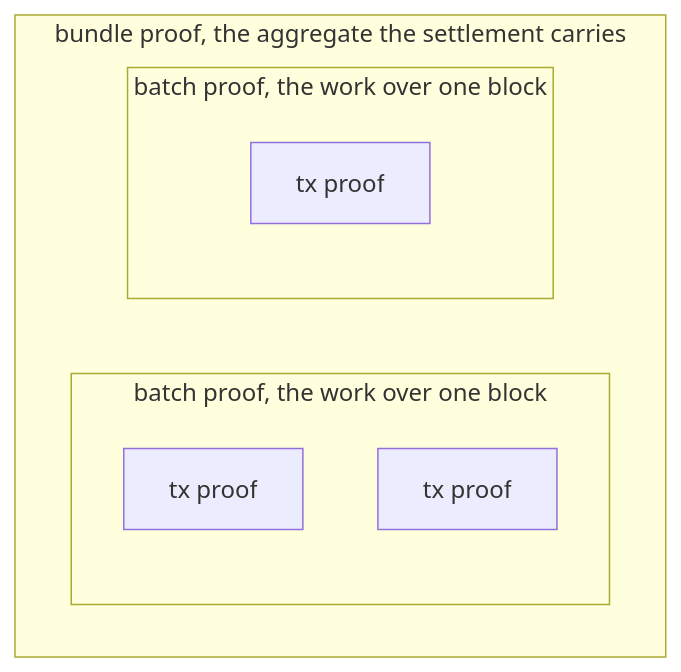
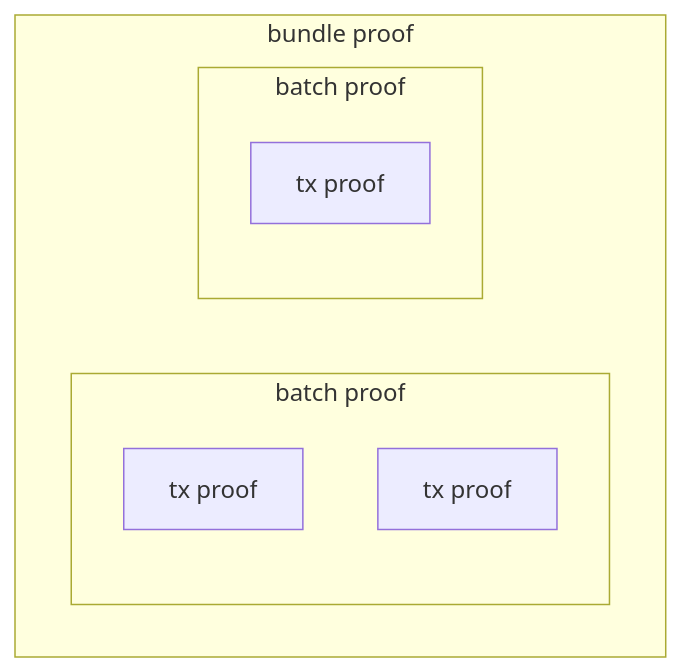
The first of 2 diagrams in src/chaining.md (biryukovmaxim/vprogs-workshop), drawn with Mermaid before and after one commit.

Commit message:
workshop: shorten proof-nesting subgraph labels, they overlapped inner boxes

````diff
--- a/src/chaining.md
+++ b/src/chaining.md
@@ -30,12 +30,12 @@
 ```mermaid
 flowchart TD
-    subgraph S["bundle proof, the aggregate the settlement carries"]
-        subgraph B1["batch proof, the work over one block"]
+    subgraph S["bundle proof"]
+        subgraph B1["batch proof"]
             T1["tx proof"]
             T2["tx proof"]
         end
-        subgraph B2["batch proof, the work over one block"]
+        subgraph B2["batch proof"]
             T3["tx proof"]
         end
     end
 ```
````
